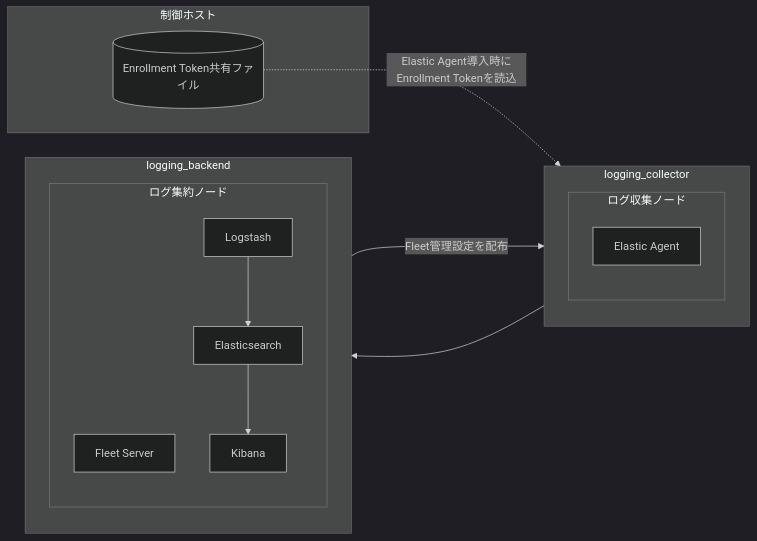
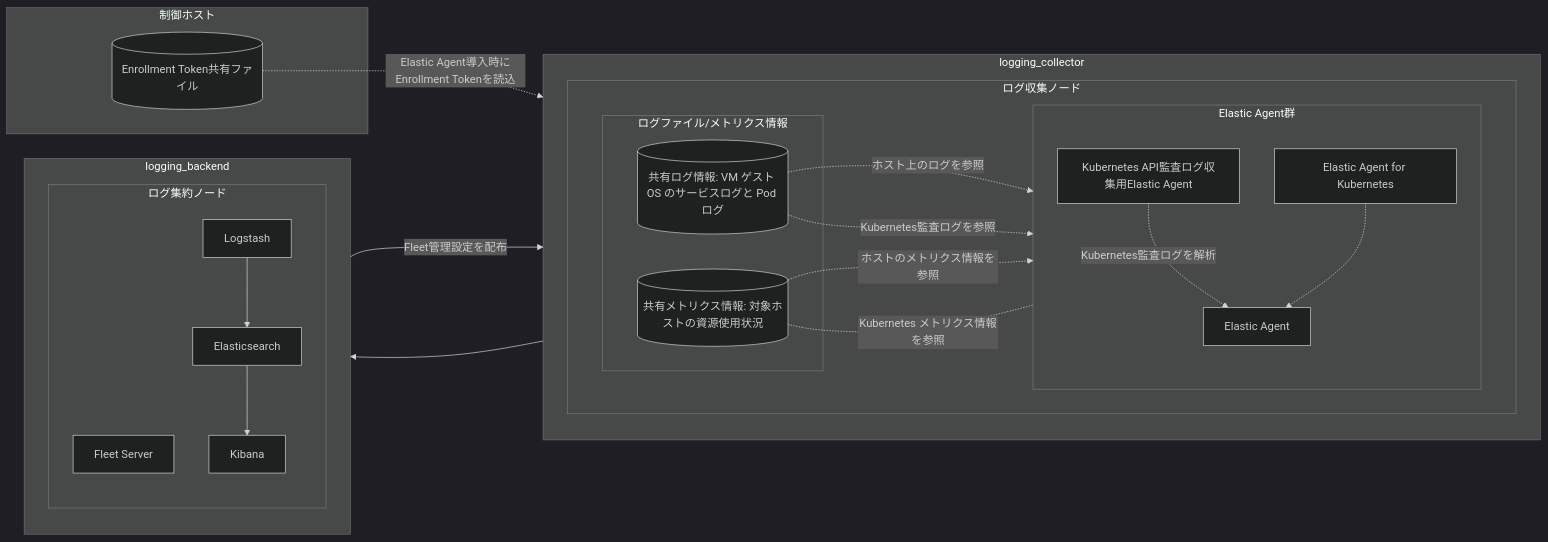
One commit to takeharukato/ansible-linux-setup changed the second of 2 diagrams in roles/elasticsearch/Readme.md. Above: the diagram before and after it, drawn with Mermaid (dark theme). The commit also changed other lines of this file and 1 other file, not shown here.

Commit message:
修正概要: トップディレクトリのReadme.md, ElasticsearchのReadme.mdの図版を更新。

````diff
--- a/roles/elasticsearch/Readme.md
+++ b/roles/elasticsearch/Readme.md
@@ -373,31 +373,49 @@
 ```mermaid
 flowchart LR
   subgraph LC[logging_collector]
     direction TB
     subgraph COL_NODE[ログ収集ノード]
-      direction TB
-      EA_COMP[Elastic Agent]
+      direction LR
+      subgraph EA_GRP[Elastic Agent群]
+        direction TB
+        EA_COMP[Elastic Agent]
+        EA_K8S_COMP[Elastic Agent for Kubernetes]
+        EA_K8S_AUIDT_COMP[Kubernetes API監査ログ収集用Elastic Agent]
+      end
+
+      subgraph LOG_GRP[ログファイル/メトリクス情報]
+        LOG_SRC[(共有ログ情報: VM ゲスト OS のサービスログと Pod ログ)]
+        METRIC_SRC[(共有メトリクス情報: 対象ホストの資源使用状況)]
+      end
     end
   end
 
   subgraph LB[logging_backend]
     direction TB
     subgraph AGG_NODE[ログ集約ノード]
       direction TB
       FS_COMP[Fleet Server]
       LS_COMP[Logstash]
       ES_COMP[Elasticsearch]
       KB_COMP[Kibana]
     end
   end
 
   subgraph CTRL[制御ホスト]
     TOKEN_FILE_COMP[(Enrollment Token共有ファイル)]
   end
 
   TOKEN_FILE_COMP -. Elastic Agent導入時にEnrollment Tokenを読込 .-> EA_COMP
-  FS_COMP -->|Fleet管理設定を配布| EA_COMP
+
+  LOG_SRC -. ホスト上のログを参照 .-> EA_COMP
+
+  LOG_SRC -. Kubernetes監査ログを参照 .-> EA_K8S_AUIDT_COMP -. Kubernetes監査ログを解析 .-> EA_COMP
+
+  METRIC_SRC -. ホストのメトリクス情報を参照 .-> EA_COMP
+  METRIC_SRC -. Kubernetes メトリクス情報を参照 .- EA_K8S_COMP .-> EA_COMP
+
+  FS_COMP -- Fleet管理設定を配布 --> EA_COMP
   EA_COMP --> LS_COMP
   LS_COMP --> ES_COMP
   ES_COMP --> KB_COMP
 ```
````
